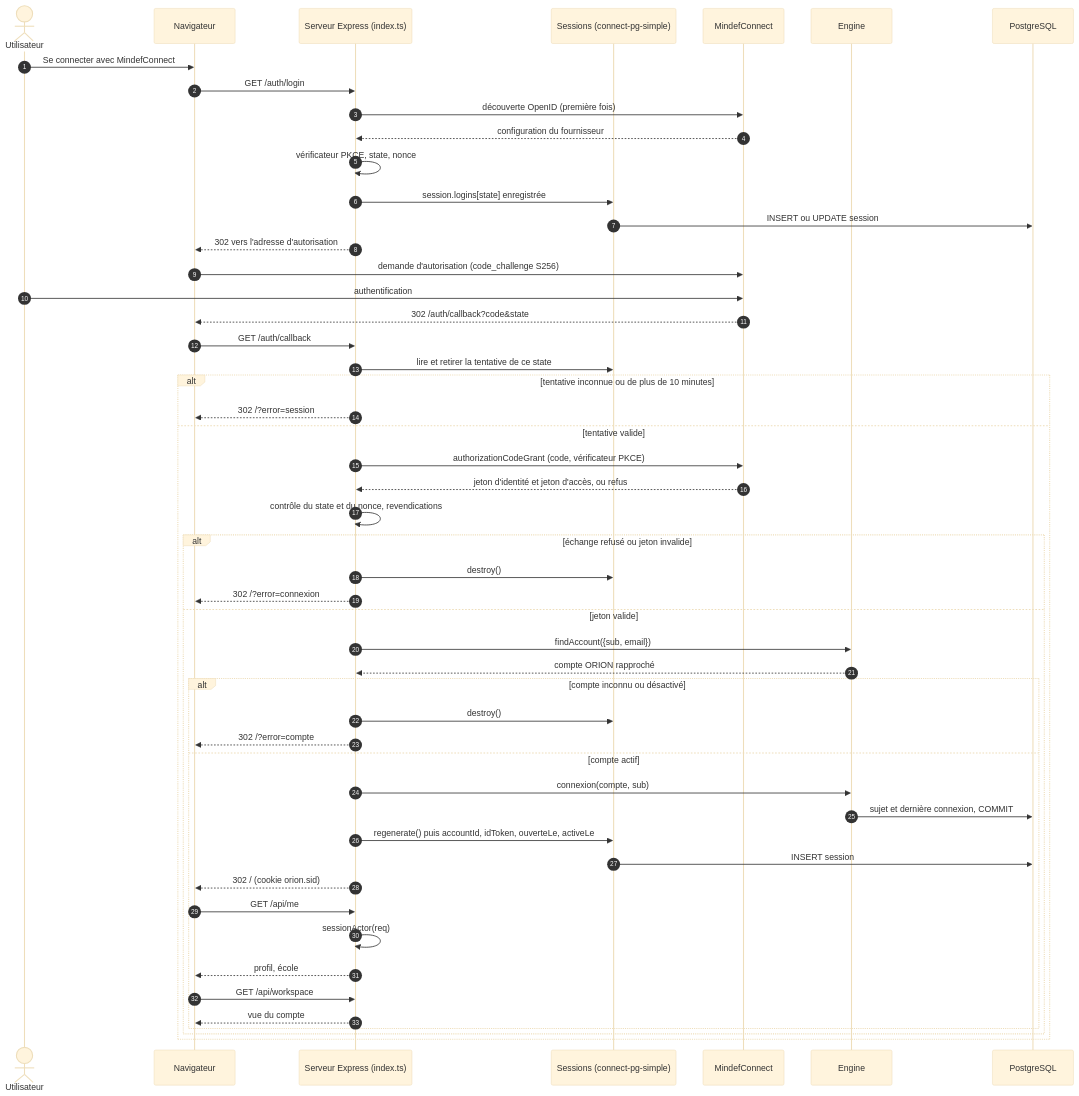
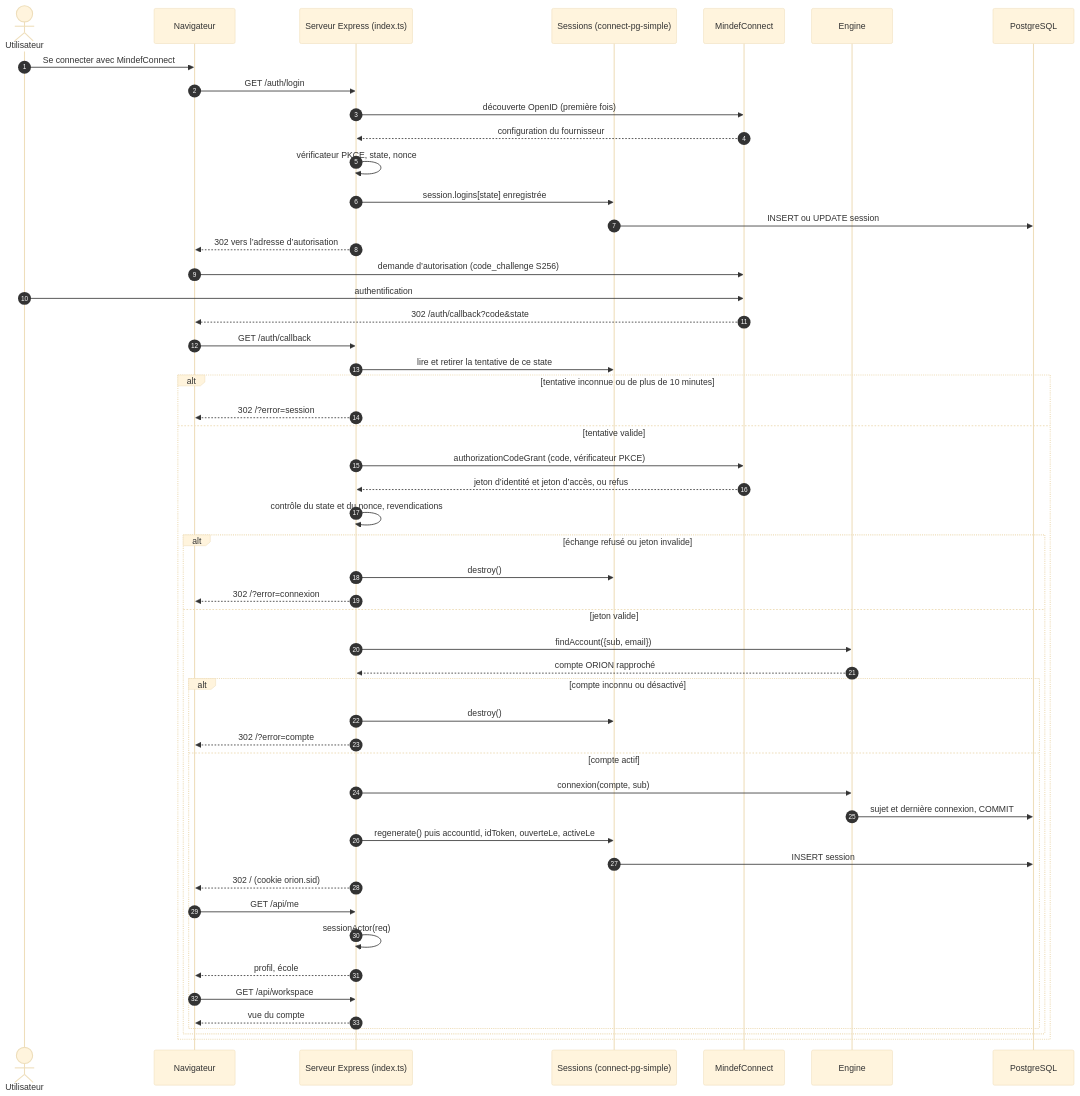
One commit to bpierrelouis/aster changed the sixth of 6 diagrams in docs/02-ANALYSE/04-CONCEPTION/02-DIAGRAMMES-SEQUENCE-DETAILLES.md. Above: the diagram before and after it, drawn with Mermaid (base theme). The commit also changed other lines of this file and 32 other files, not shown here.

````diff
--- a/docs/02-ANALYSE/04-CONCEPTION/02-DIAGRAMMES-SEQUENCE-DETAILLES.md
+++ b/docs/02-ANALYSE/04-CONCEPTION/02-DIAGRAMMES-SEQUENCE-DETAILLES.md
@@ -280,54 +280,54 @@
 ```mermaid
 sequenceDiagram
     autonumber
     actor U as Utilisateur
     participant N as Navigateur
     participant X as Serveur Express (index.ts)
     participant SS as Sessions (connect-pg-simple)
     participant IDP as MindefConnect
     participant E as Engine
     participant DB as PostgreSQL
 
     U->>N: Se connecter avec MindefConnect
     N->>X: GET /auth/login
     X->>IDP: découverte OpenID (première fois)
     IDP-->>X: configuration du fournisseur
     X->>X: vérificateur PKCE, state, nonce
     X->>SS: session.logins[state] enregistrée
     SS->>DB: INSERT ou UPDATE session
-    X-->>N: 302 vers l'adresse d'autorisation
-    N->>IDP: demande d'autorisation (code_challenge S256)
+    X-->>N: 302 vers l’adresse d’autorisation
+    N->>IDP: demande d’autorisation (code_challenge S256)
     U->>IDP: authentification
     IDP-->>N: 302 /auth/callback?code&state
     N->>X: GET /auth/callback
     X->>SS: lire et retirer la tentative de ce state
     alt tentative inconnue ou de plus de 10 minutes
         X-->>N: 302 /?error=session
     else tentative valide
         X->>IDP: authorizationCodeGrant (code, vérificateur PKCE)
-        IDP-->>X: jeton d'identité et jeton d'accès, ou refus
+        IDP-->>X: jeton d’identité et jeton d’accès, ou refus
         X->>X: contrôle du state et du nonce, revendications
         alt échange refusé ou jeton invalide
             X->>SS: destroy()
             X-->>N: 302 /?error=connexion
         else jeton valide
             X->>E: findAccount({sub, email})
             E-->>X: compte ORION rapproché
             alt compte inconnu ou désactivé
                 X->>SS: destroy()
                 X-->>N: 302 /?error=compte
             else compte actif
                 X->>E: connexion(compte, sub)
                 E->>DB: sujet et dernière connexion, COMMIT
                 X->>SS: regenerate() puis accountId, idToken, ouverteLe, activeLe
                 SS->>DB: INSERT session
                 X-->>N: 302 / (cookie orion.sid)
                 N->>X: GET /api/me
                 X->>X: sessionActor(req)
                 X-->>N: profil, école
                 N->>X: GET /api/workspace
                 X-->>N: vue du compte
             end
         end
     end
 ```
````
